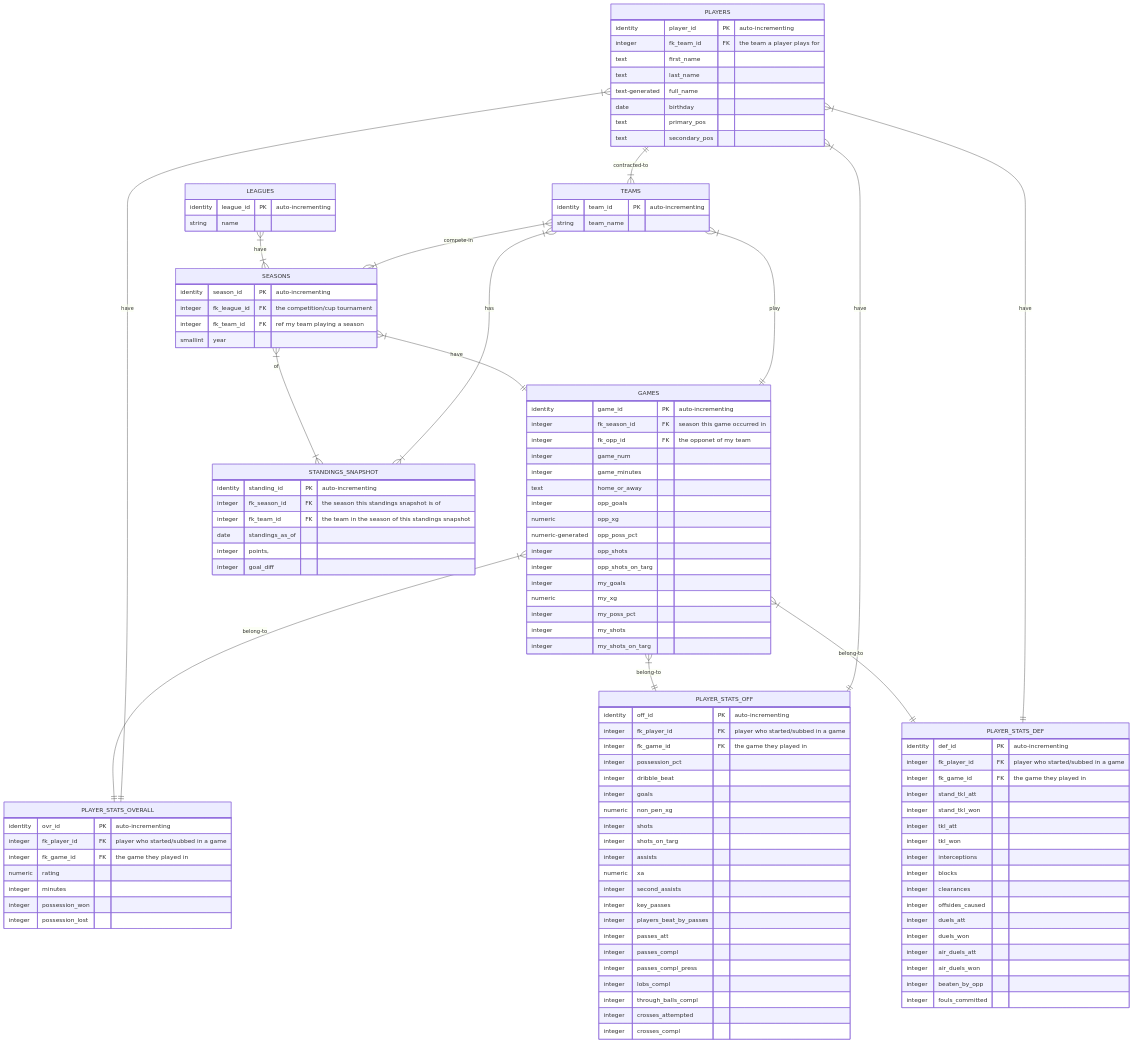
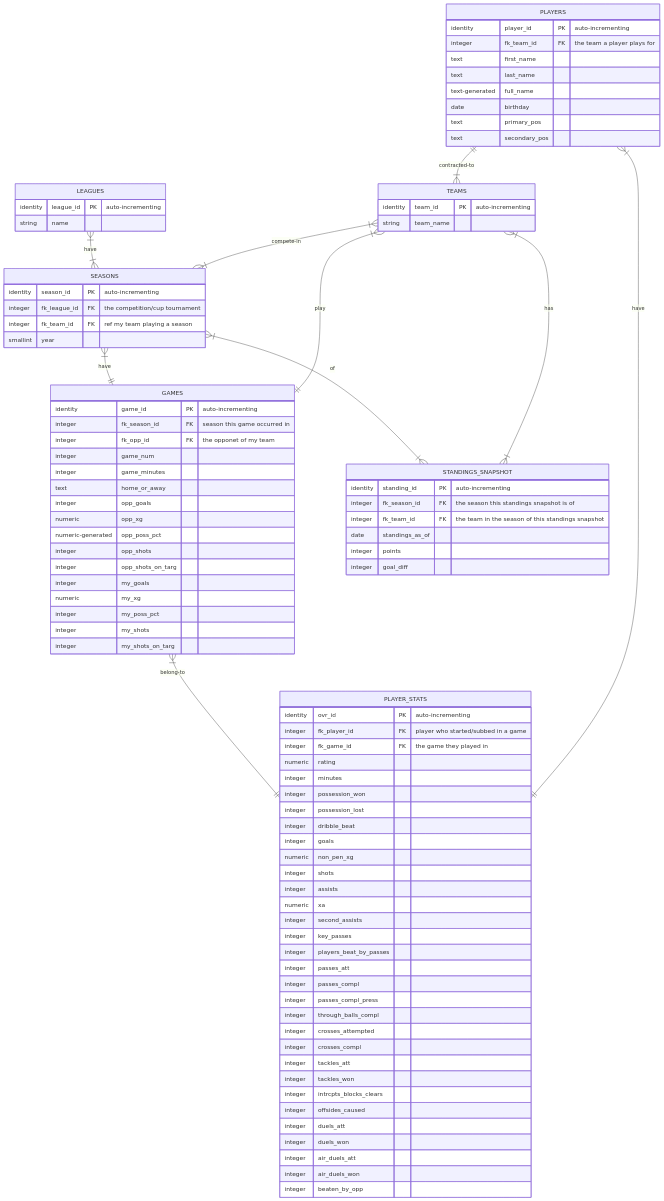
One commit to BrandonHoeft/fifa-career-mode-db changed the diagram in README.md. Above: the diagram before and after it, drawn with Mermaid. The commit also changed 1 other file, not shown here.

Commit message:
update: single game stats table, player_stats

```diff
--- a/README.md
+++ b/README.md
@@ -62,8 +62,8 @@
             text secondary_pos
         }
     
-    GAMES }|--|| PLAYER_STATS_OVERALL : belong-to
-        PLAYER_STATS_OVERALL {
+    GAMES }|--|| PLAYER_STATS : belong-to
+        PLAYER_STATS {
             identity ovr_id PK "auto-incrementing"
             integer fk_player_id FK "player who started/subbed in a game"
             integer fk_game_id  FK "the game they played in"
@@ -71,21 +71,10 @@
             integer minutes
             integer possession_won
             integer possession_lost
-        }
-    PLAYERS }|--|| PLAYER_STATS_OVERALL : have
- 
- 
-    GAMES }|--|| PLAYER_STATS_OFF : belong-to
-        PLAYER_STATS_OFF {
-            identity off_id PK "auto-incrementing"
-            integer fk_player_id FK "player who started/subbed in a game"
-            integer fk_game_id FK "the game they played in"
-            integer possession_pct
             integer dribble_beat
             integer goals
             numeric non_pen_xg
             integer shots
-            integer shots_on_targ
             integer assists
             numeric xa
             integer second_assists
@@ -94,38 +83,22 @@
             integer passes_att
             integer passes_compl
             integer passes_compl_press
-            integer lobs_compl
             integer through_balls_compl
             integer crosses_attempted
             integer crosses_compl
-            
-        }
- 
-    PLAYERS }|--|| PLAYER_STATS_OFF : have
- 
- 
-    GAMES }|--|| PLAYER_STATS_DEF : belong-to
-        PLAYER_STATS_DEF {
-            identity def_id PK "auto-incrementing"
-            integer fk_player_id FK "player who started/subbed in a game"
-            integer fk_game_id FK  "the game they played in"
-            integer stand_tkl_att
-            integer stand_tkl_won
-            integer tkl_att
-            integer tkl_won
-            integer interceptions
-            integer blocks
-            integer clearances
+            integer tackles_att
+            integer tackles_won
+            integer intrcpts_blocks_clears
             integer offsides_caused
             integer duels_att
             integer duels_won
             integer air_duels_att
             integer air_duels_won
             integer beaten_by_opp
-            integer fouls_committed            
+            
         }
+    PLAYERS }|--|| PLAYER_STATS : have
  
-    PLAYERS }|--|| PLAYER_STATS_DEF : have
 
     SEASONS }|--|{ STANDINGS_SNAPSHOT: of
         STANDINGS_SNAPSHOT {
@@ -133,7 +106,7 @@
             integer fk_season_id FK  "the season this standings snapshot is of"
             integer fk_team_id FK "the team in the season of this standings snapshot"
             date standings_as_of
-            integer points,
+            integer points
             integer goal_diff
         }
     
```
